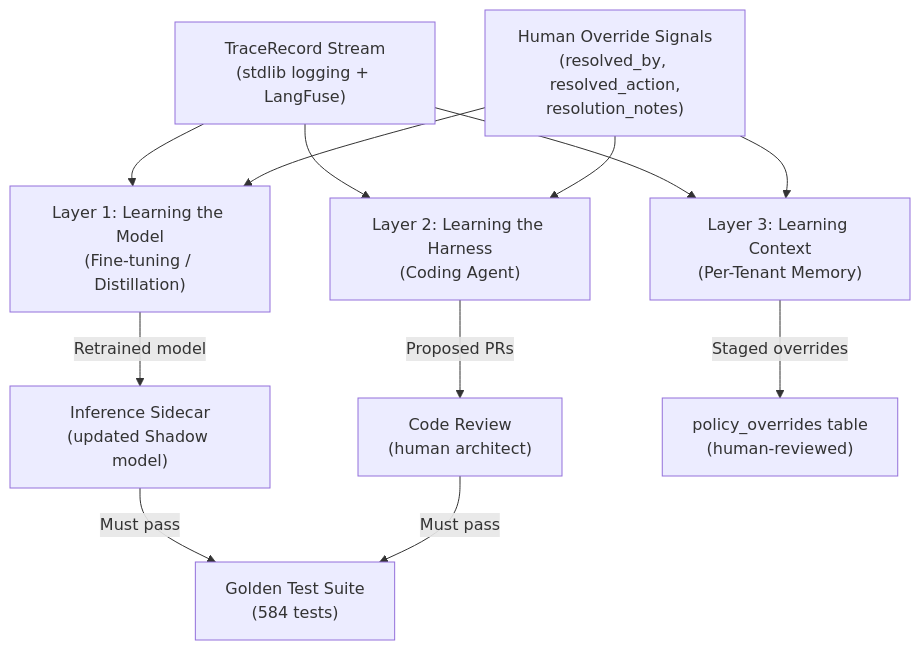
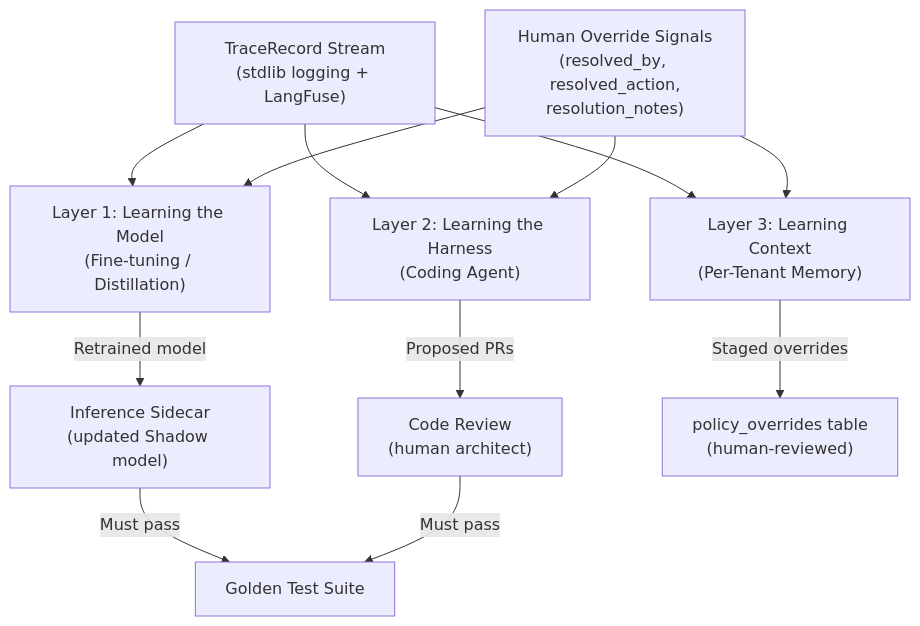
The eighth of 8 diagrams in architecture_v3.md (kumarabhijit/asoe2), drawn with Mermaid before and after one commit. The commit also changed other lines of this file and 1 other file, not shown here.

First line of the commit message:
docs: update DESIGN.md for architecture_v3 compliance + remove hardcoded test counts

````diff
--- a/architecture_v3.md
+++ b/architecture_v3.md
@@ -1247,17 +1247,17 @@
 ```mermaid
 graph TD
     TR["TraceRecord Stream<br/>(stdlib logging + LangFuse)"] --> L1["Layer 1: Learning the Model<br/>(Fine-tuning / Distillation)"]
     TR --> L2["Layer 2: Learning the Harness<br/>(Coding Agent)"]
     TR --> L3["Layer 3: Learning Context<br/>(Per-Tenant Memory)"]
 
     OV["Human Override Signals<br/>(resolved_by, resolved_action,<br/>resolution_notes)"] --> L1
     OV --> L2
     OV --> L3
 
     L1 --> |"Retrained model"| INF["Inference Sidecar<br/>(updated Shadow model)"]
     L2 --> |"Proposed PRs"| PR["Code Review<br/>(human architect)"]
     L3 --> |"Staged overrides"| PO["policy_overrides table<br/>(human-reviewed)"]
 
-    INF --> |"Must pass"| GOLDEN["Golden Test Suite<br/>(584 tests)"]
+    INF --> |"Must pass"| GOLDEN["Golden Test Suite"]
     PR --> |"Must pass"| GOLDEN
 ```
````
